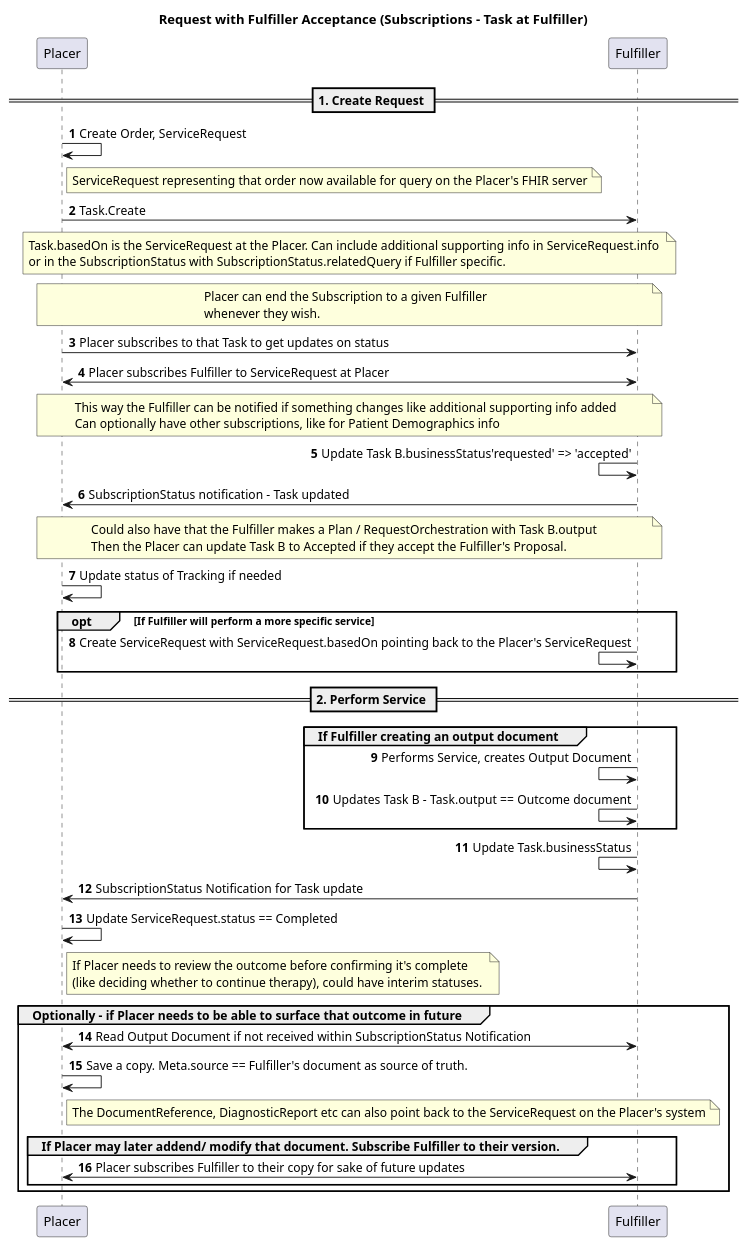
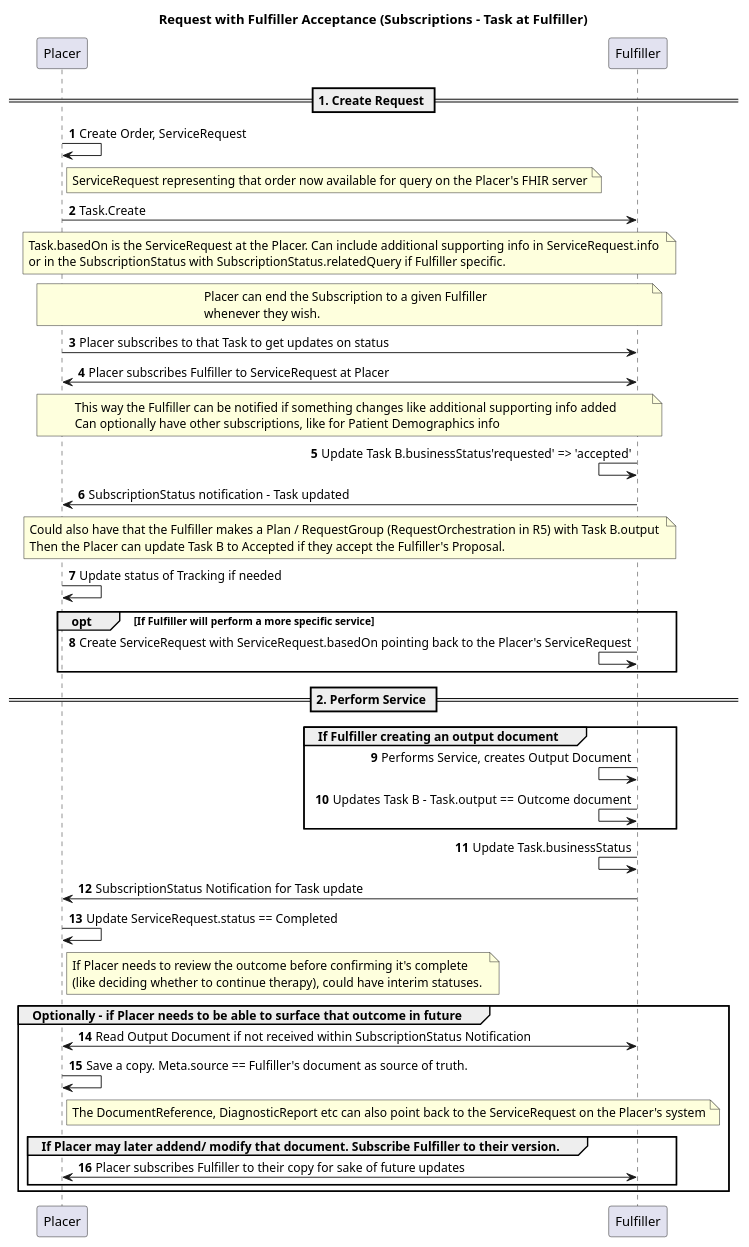
Before and after one commit to HL7/fhir-cow-ig: the diagram in input/images-source/request-fulfiller-subscriptions-task-at-fulfiller.plantuml, drawn with PlantUML. The commit also changed 3 other files, not shown here.

First line of the commit message:
FHIR-50309: use of RequestOrchestration

```diff
--- a/input/images-source/request-fulfiller-subscriptions-task-at-fulfiller.plantuml
+++ b/input/images-source/request-fulfiller-subscriptions-task-at-fulfiller.plantuml
@@ -1,70 +1,70 @@
 @startuml
 skinparam svgDimensionStyle false
 autonumber
 title Request with Fulfiller Acceptance (Subscriptions - Task at Fulfiller)
 == 1. Create Request ==
     Placer -> Placer: Create Order, ServiceRequest
     note right of Placer
     ServiceRequest representing that order now available for query on the Placer's FHIR server
     endnote
     Placer -> Fulfiller: Task.Create
     note over Placer, Fulfiller
     Task.basedOn is the ServiceRequest at the Placer. Can include additional supporting info in ServiceRequest.info 
     or in the SubscriptionStatus with SubscriptionStatus.relatedQuery if Fulfiller specific.
     endnote
     note over Placer, Fulfiller
     Placer can end the Subscription to a given Fulfiller
     whenever they wish.
     endnote
     Placer -> Fulfiller: Placer subscribes to that Task to get updates on status
     Fulfiller <-> Placer: Placer subscribes Fulfiller to ServiceRequest at Placer
     note over Placer, Fulfiller
     This way the Fulfiller can be notified if something changes like additional supporting info added
     Can optionally have other subscriptions, like for Patient Demographics info
     endnote
     
     Fulfiller <- Fulfiller: Update Task B.businessStatus'requested' => 'accepted'
     Fulfiller -> Placer: SubscriptionStatus notification - Task updated
 
     note over Placer, Fulfiller 
-    Could also have that the Fulfiller makes a Plan / RequestOrchestration with Task B.output 
+    Could also have that the Fulfiller makes a Plan / RequestGroup (RequestOrchestration in R5) with Task B.output 
     Then the Placer can update Task B to Accepted if they accept the Fulfiller's Proposal. 
     endnote
 
 Placer -> Placer: Update status of Tracking if needed
 
 opt If Fulfiller will perform a more specific service
     Fulfiller <- Fulfiller: Create ServiceRequest with ServiceRequest.basedOn pointing back to the Placer's ServiceRequest
 end
     
 == 2. Perform Service == 
 group If Fulfiller creating an output document
     Fulfiller <- Fulfiller: Performs Service, creates Output Document
     Fulfiller <- Fulfiller: Updates Task B - Task.output == Outcome document
 end
 
 Fulfiller <- Fulfiller: Update Task.businessStatus
 
 Fulfiller -> Placer: SubscriptionStatus Notification for Task update
 
 Placer -> Placer: Update ServiceRequest.status == Completed
 
 note right of Placer
 If Placer needs to review the outcome before confirming it's complete 
 (like deciding whether to continue therapy), could have interim statuses. 
 endnote
 
 group Optionally - if Placer needs to be able to surface that outcome in future
     Placer <-> Fulfiller: Read Output Document if not received within SubscriptionStatus Notification
     Placer -> Placer: Save a copy. Meta.source == Fulfiller's document as source of truth. 
     
     note right of Placer
     The DocumentReference, DiagnosticReport etc can also point back to the ServiceRequest on the Placer's system
     endnote
     
     group If Placer may later addend/ modify that document. Subscribe Fulfiller to their version.
     Placer <-> Fulfiller: Placer subscribes Fulfiller to their copy for sake of future updates
     end
     
     end
 @enduml
```
